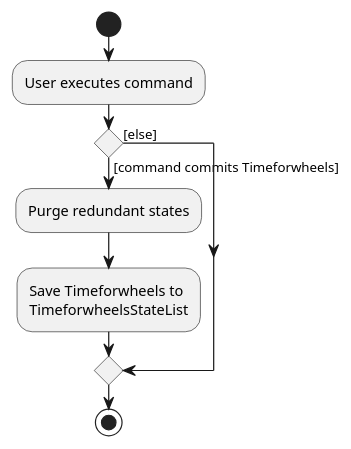
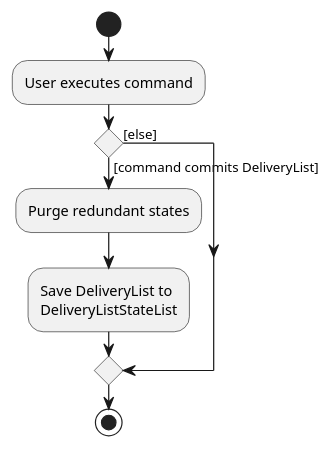
Before and after one commit to nus-cs2103-AY2021S2/tp: the diagram in docs/diagrams/CommitActivityDiagram.puml, drawn with PlantUML. The commit also changed 17 other files, not shown here.

Commit message:
Refactor UML diagrams, and fix UML diagrams for Find Command

```diff
--- a/docs/diagrams/CommitActivityDiagram.puml
+++ b/docs/diagrams/CommitActivityDiagram.puml
@@ -1,15 +1,15 @@
 @startuml
 start
 :User executes command;
 
 'Since the beta syntax does not support placing the condition outside the
 'diamond we place it as the true branch instead.
 
-if () then ([command commits Timeforwheels])
+if () then ([command commits DeliveryList])
     :Purge redundant states;
-    :Save Timeforwheels to
-    TimeforwheelsStateList;
+    :Save DeliveryList to
+    DeliveryListStateList;
 else ([else])
 endif
 stop
 @enduml
```
